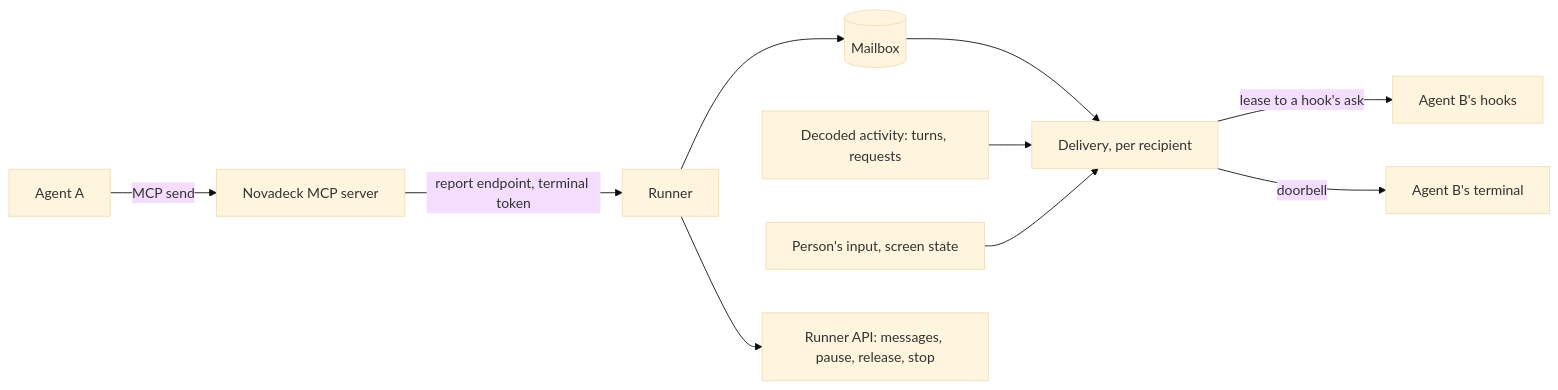
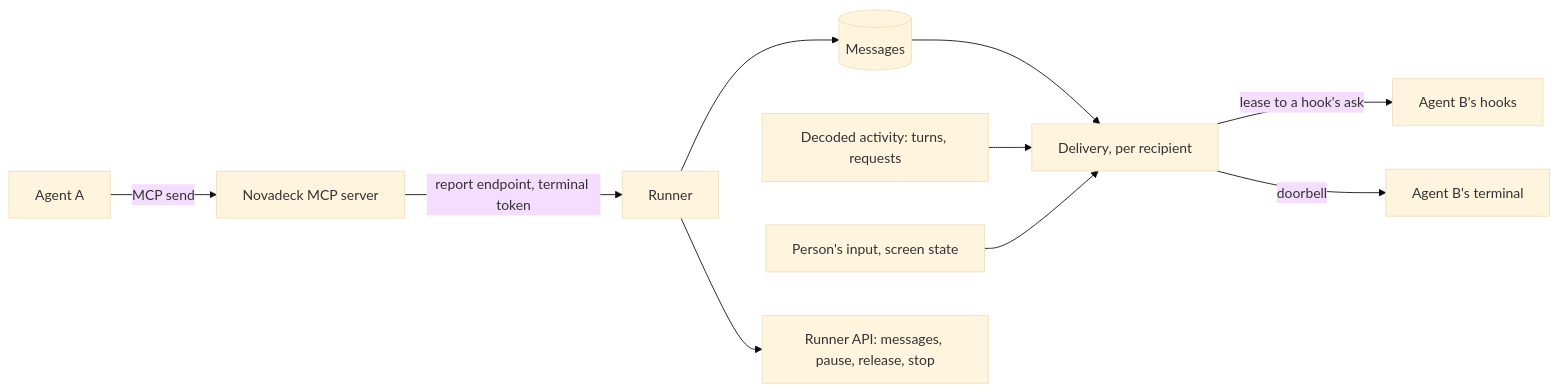
Before and after one commit to novadeck-org/novadeck: the diagram in docs/agent-messaging.md, drawn with Mermaid (base theme). The commit also changed other lines of this file and 143 other files, not shown here.

````diff
--- a/docs/agent-messaging.md
+++ b/docs/agent-messaging.md
@@ -111,12 +111,12 @@
 ```mermaid
 flowchart LR
   A[Agent A] -->|MCP send| S[Novadeck MCP server]
   S -->|report endpoint, terminal token| R[Runner]
-  R --> M[(Mailbox)]
+  R --> M[(Messages)]
   M --> D[Delivery, per recipient]
   H[Decoded activity: turns, requests] --> D
   K[Person's input, screen state] --> D
   D -->|lease to a hook's ask| B[Agent B's hooks]
   D -->|doorbell| P[Agent B's terminal]
   R --> U[Runner API: messages, pause, release, stop]
 ```
````
